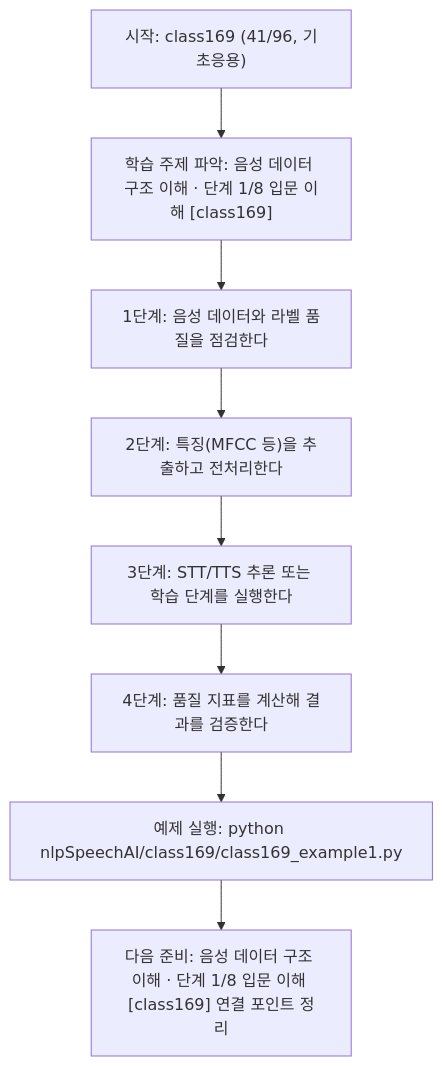
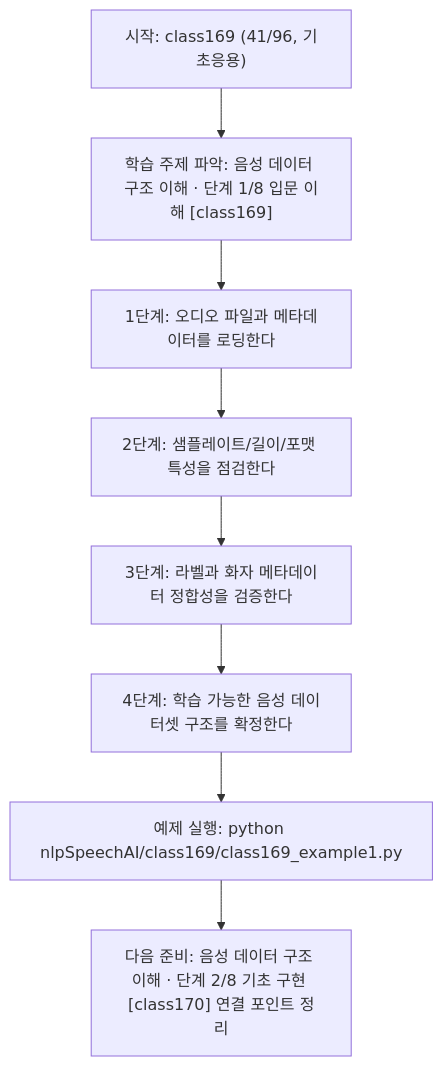
One commit to edumgt/Python-AI_Agent-Class changed the diagram in nlpSpeechAI/class169/class169.md. Above: the diagram before and after it, drawn with Mermaid. The commit also changed other lines of this file and 1122 other files, not shown here.

````diff
--- a/nlpSpeechAI/class169/class169.md
+++ b/nlpSpeechAI/class169/class169.md
@@ -115,18 +95,18 @@
 ```mermaid
 flowchart TD
 N1["시작: class169 (41/96, 기초응용)"]
 N2["학습 주제 파악: 음성 데이터 구조 이해 · 단계 1/8 입문 이해 [class169]"]
-N3["1단계: 음성 데이터와 라벨 품질을 점검한다"]
-N4["2단계: 특징(MFCC 등)을 추출하고 전처리한다"]
-N5["3단계: STT/TTS 추론 또는 학습 단계를 실행한다"]
-N6["4단계: 품질 지표를 계산해 결과를 검증한다"]
+N3["1단계: 오디오 파일과 메타데이터를 로딩한다"]
+N4["2단계: 샘플레이트/길이/포맷 특성을 점검한다"]
+N5["3단계: 라벨과 화자 메타데이터 정합성을 검증한다"]
+N6["4단계: 학습 가능한 음성 데이터셋 구조를 확정한다"]
 N7["예제 실행: python nlpSpeechAI/class169/class169_example1.py"]
-N8["다음 준비: 음성 데이터 구조 이해 · 단계 1/8 입문 이해 [class169] 연결 포인트 정리"]
+N8["다음 준비: 음성 데이터 구조 이해 · 단계 2/8 기초 구현 [class170] 연결 포인트 정리"]
 N1 --> N2
 N2 --> N3
 N3 --> N4
 N4 --> N5
 N5 --> N6
 N6 --> N7
 N7 --> N8
 ```
````
